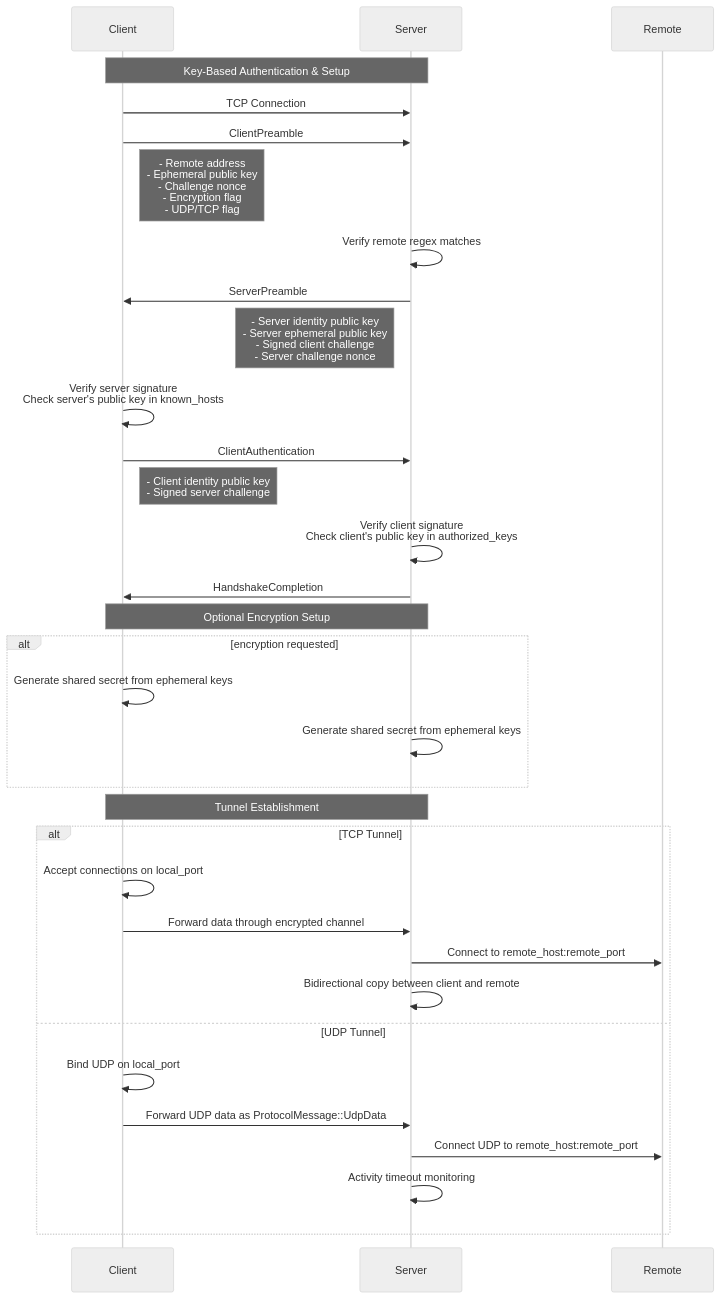
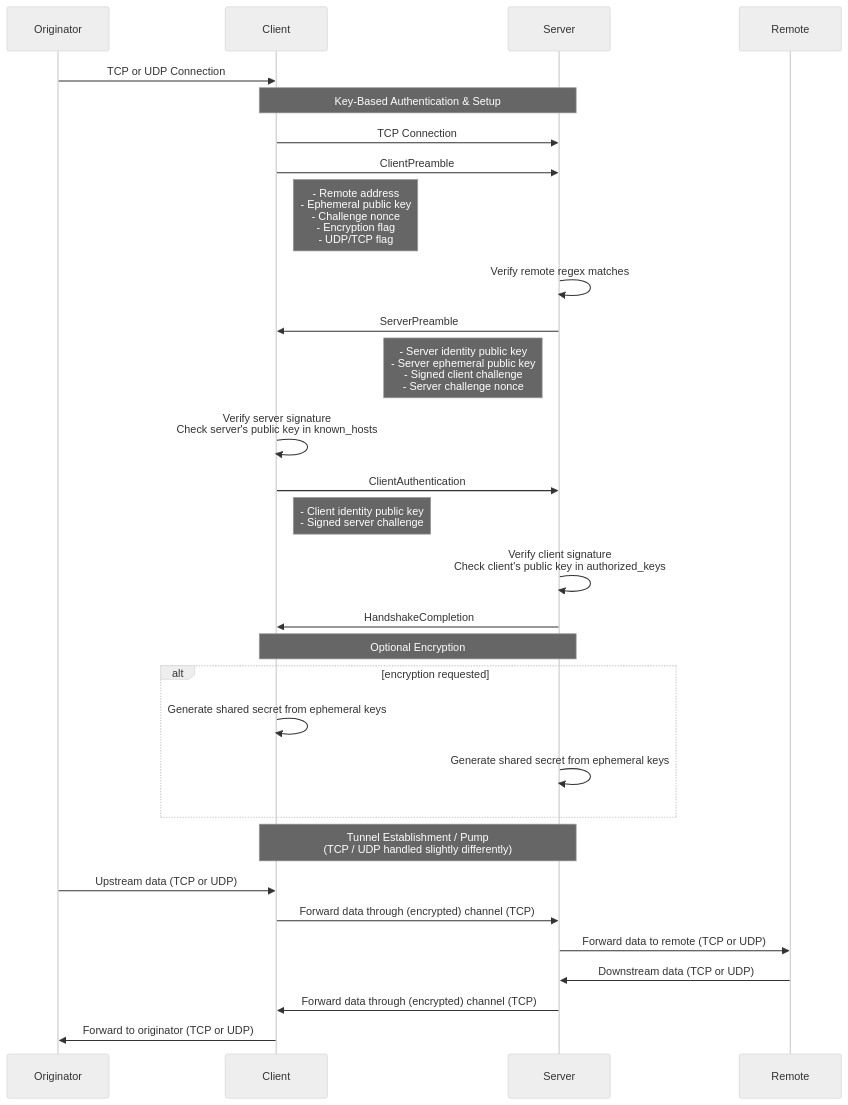
One commit to twitchax/ratrod changed the diagram in README.md. Above: the diagram before and after it, drawn with Mermaid (neutral theme).

````diff
--- a/README.md
+++ b/README.md
@@ -193,44 +193,42 @@
 ```mermaid
 sequenceDiagram
+    participant Originator
     participant Client
     participant Server
     participant Remote
+
+    Originator->>Client: TCP or UDP Connection
 
     Note over Client,Server: Key-Based Authentication & Setup
     Client->>Server: TCP Connection
     Client->>Server: ClientPreamble
     Note right of Client: - Remote address<br>- Ephemeral public key<br>- Challenge nonce<br>- Encryption flag<br>- UDP/TCP flag
 
     Server->>Server: Verify remote regex matches
 
     Server->>Client: ServerPreamble
     Note left of Server: - Server identity public key<br>- Server ephemeral public key<br>- Signed client challenge<br>- Server challenge nonce
 
     Client->>Client: Verify server signature<br>Check server's public key in known_hosts
 
     Client->>Server: ClientAuthentication
     Note right of Client: - Client identity public key<br>- Signed server challenge
 
     Server->>Server: Verify client signature<br>Check client's public key in authorized_keys
 
     Server->>Client: HandshakeCompletion
 
-    Note over Client,Server: Optional Encryption Setup
+    Note over Client,Server: Optional Encryption
     alt encryption requested
         Client->>Client: Generate shared secret from ephemeral keys
         Server->>Server: Generate shared secret from ephemeral keys
     end
 
-    Note over Client,Server: Tunnel Establishment
-    alt TCP Tunnel
-        Client->>Client: Accept connections on local_port
-        Client->>Server: Forward data through encrypted channel
-        Server->>Remote: Connect to remote_host:remote_port
-        Server->>Server: Bidirectional copy between client and remote
-    else UDP Tunnel
-        Client->>Client: Bind UDP on local_port
-        Client->>Server: Forward UDP data as ProtocolMessage::UdpData
-        Server->>Remote: Connect UDP to remote_host:remote_port
-        Server->>Server: Activity timeout monitoring
-    end
+    Note over Client,Server: Tunnel Establishment / Pump<br>(TCP / UDP handled slightly differently)
+    Originator->>Client: Upstream data (TCP or UDP)
+    Client->>Server: Forward data through (encrypted) channel (TCP)
+    Server->>Remote: Forward data to remote (TCP or UDP)
+    Remote->>Server: Downstream data (TCP or UDP)
+    Server->>Client: Forward data through (encrypted) channel (TCP)
+    Client->>Originator: Forward to originator (TCP or UDP)
 ```
````
